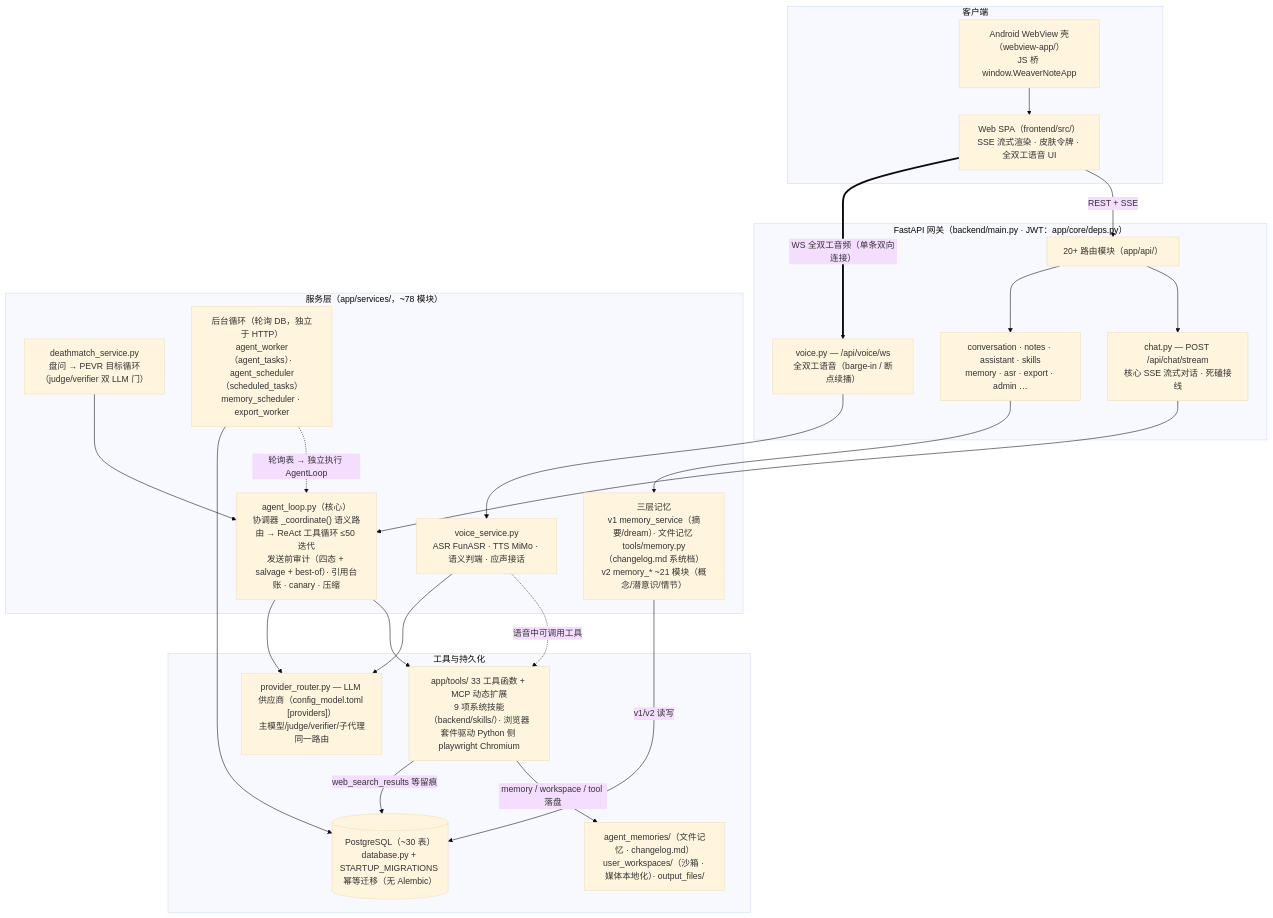
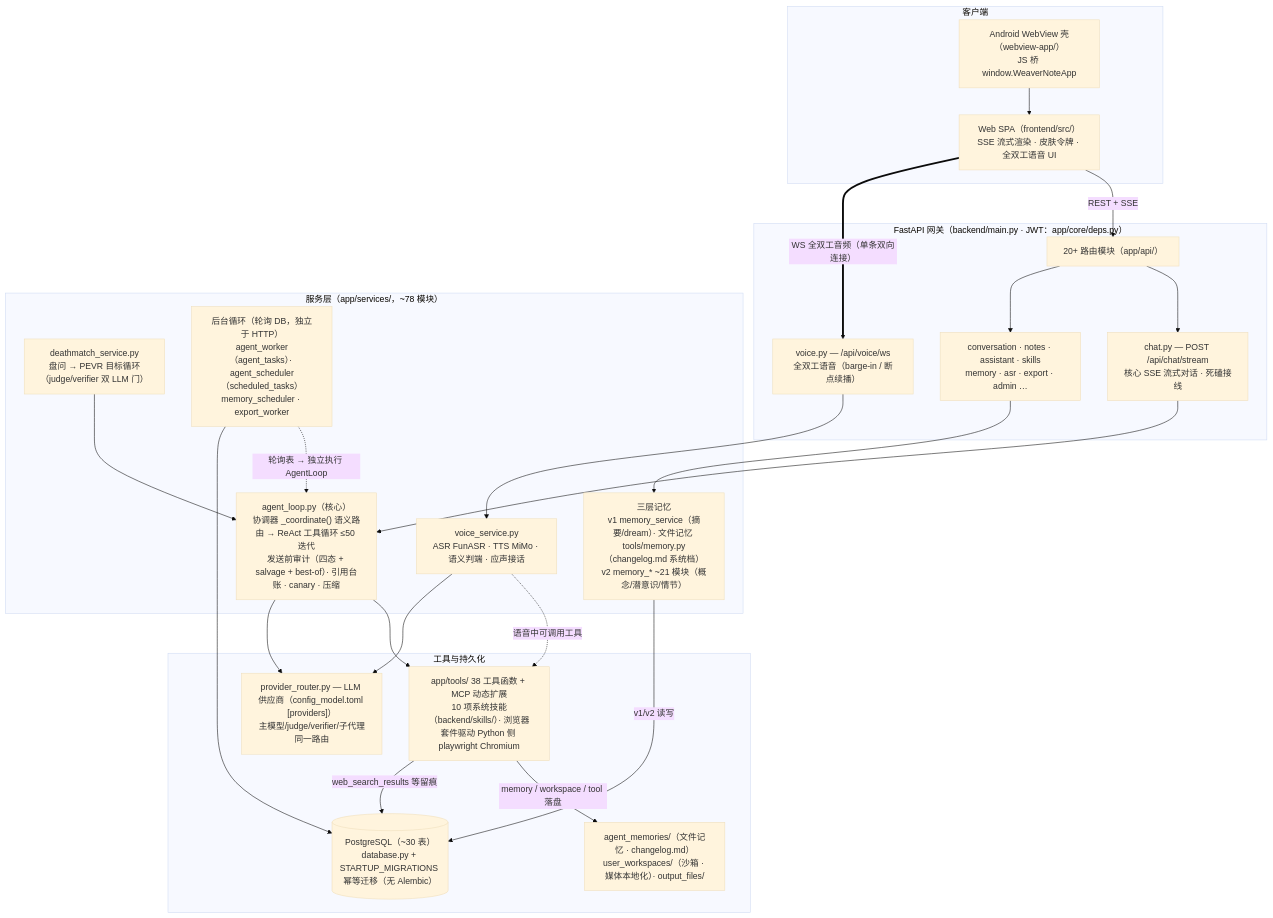
Before and after one commit to logandoo/weave-thinker: the first of 2 diagrams in docs/ARCHITECTURE.md, drawn with Mermaid (base theme). The commit also changed other lines of this file and 1 other file, not shown here.

Commit message:
docs: rewrite README (readme-weaver) — reader-funnel restructure (quick start & usage up front, deploy details and full tool list collapsed), one-sentence description, CI badge, config & changelog sections; fix ARCHITECTURE tool/skill counts (38/10)

````diff
--- a/docs/ARCHITECTURE.md
+++ b/docs/ARCHITECTURE.md
@@ -39,43 +39,43 @@
 ```mermaid
 flowchart TD
     subgraph C["客户端"]
         WEB["Web SPA（frontend/src/）<br/>SSE 流式渲染 · 皮肤令牌 · 全双工语音 UI"]
         AND["Android WebView 壳（webview-app/）<br/>JS 桥 window.WeaverNoteApp"]
     end
     subgraph G["FastAPI 网关（backend/main.py · JWT：app/core/deps.py）"]
         GW["20+ 路由模块（app/api/）"]
         CHAT["chat.py — POST /api/chat/stream<br/>核心 SSE 流式对话 · 死磕接线"]
         VOICE["voice.py — /api/voice/ws<br/>全双工语音（barge-in / 断点续播）"]
         REST["conversation · notes · assistant · skills<br/>memory · asr · export · admin …"]
     end
     subgraph S["服务层（app/services/，~78 模块）"]
         LOOP["agent_loop.py（核心）<br/>协调器 _coordinate() 语义路由 → ReAct 工具循环 ≤50 迭代<br/>发送前审计（四态 + salvage + best-of）· 引用台账 · canary · 压缩"]
         DM["deathmatch_service.py<br/>盘问 → PEVR 目标循环（judge/verifier 双 LLM 门）"]
         VS["voice_service.py<br/>ASR FunASR · TTS MiMo · 语义判端 · 应声接话"]
         MEM["三层记忆<br/>v1 memory_service（摘要/dream）· 文件记忆 tools/memory.py（changelog.md 系统档）<br/>v2 memory_* ~21 模块（概念/潜意识/情节）"]
         BK["后台循环（轮询 DB，独立于 HTTP）<br/>agent_worker（agent_tasks）· agent_scheduler（scheduled_tasks）<br/>memory_scheduler · export_worker"]
     end
     subgraph P["工具与持久化"]
-        TL["app/tools/ 33 工具函数 + MCP 动态扩展<br/>9 项系统技能（backend/skills/）· 浏览器套件驱动 Python 侧 playwright Chromium"]
+        TL["app/tools/ 38 工具函数 + MCP 动态扩展<br/>10 项系统技能（backend/skills/）· 浏览器套件驱动 Python 侧 playwright Chromium"]
         LLM["provider_router.py — LLM 供应商（config_model.toml [providers]）<br/>主模型/judge/verifier/子代理同一路由"]
         DB[("PostgreSQL（~30 表）<br/>database.py + STARTUP_MIGRATIONS 幂等迁移（无 Alembic）")]
         FS["agent_memories/（文件记忆 · changelog.md）<br/>user_workspaces/（沙箱 · 媒体本地化）· output_files/"]
     end
     AND --> WEB
     WEB -- "REST + SSE" --> GW
     WEB == "WS 全双工音频（单条双向连接）" ==> VOICE
     GW --> CHAT & REST
     CHAT --> LOOP
     DM --> LOOP
     REST --> MEM
     VOICE --> VS
     VS -. "语音中可调用工具" .-> TL
     LOOP --> TL
     LOOP --> LLM
     VS --> LLM
     MEM -- "v1/v2 读写" --> DB
     BK -. "轮询表 → 独立执行 AgentLoop" .-> LOOP
     BK --> DB
     TL -- "memory / workspace / tool 落盘" --> FS
     TL -- "web_search_results 等留痕" --> DB
 ```
````
